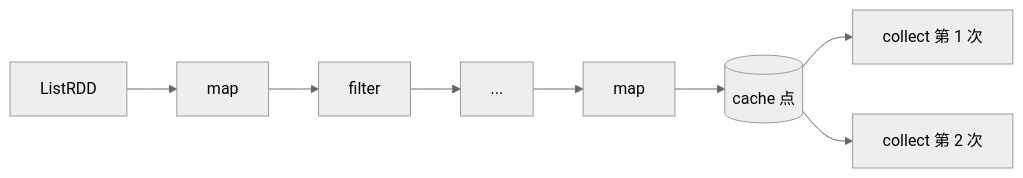
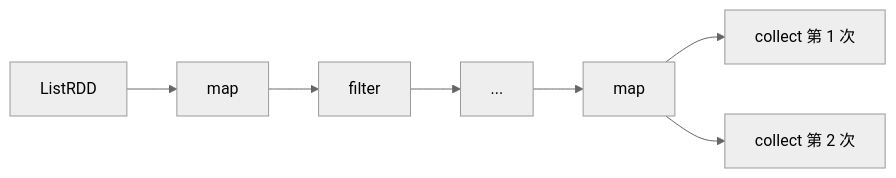
The first of 3 diagrams in content/docs/03-part3/ch10-cache-checkpoint.md (rchaocai/mini-spark), drawn with Mermaid (neutral theme) before and after one commit. The commit also changed other lines of this file, not shown here.

First line of the commit message:
docs(03-part3/ch10-cache-checkpoint): revise cache and checkpoint doc content

````diff
--- a/content/docs/03-part3/ch10-cache-checkpoint.md
+++ b/content/docs/03-part3/ch10-cache-checkpoint.md
@@ -31,15 +31,14 @@
 ```mermaid
 flowchart LR
     A[ListRDD]
     B[map]
     C[filter]
     D["..."]
     E[map]
-    F[(cache 点)]
-    G[collect 第 1 次]
-    H[collect 第 2 次]
+    F[collect 第 1 次]
+    G[collect 第 2 次]
 
-    A --> B --> C --> D --> E --> F
-    F --> G
-    F --> H
+    A --> B --> C --> D --> E
+    E --> F
+    E --> G
 ```
````
